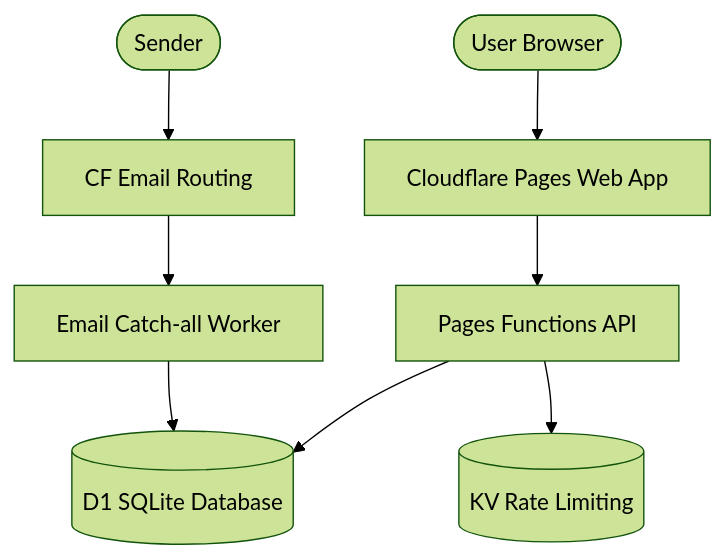
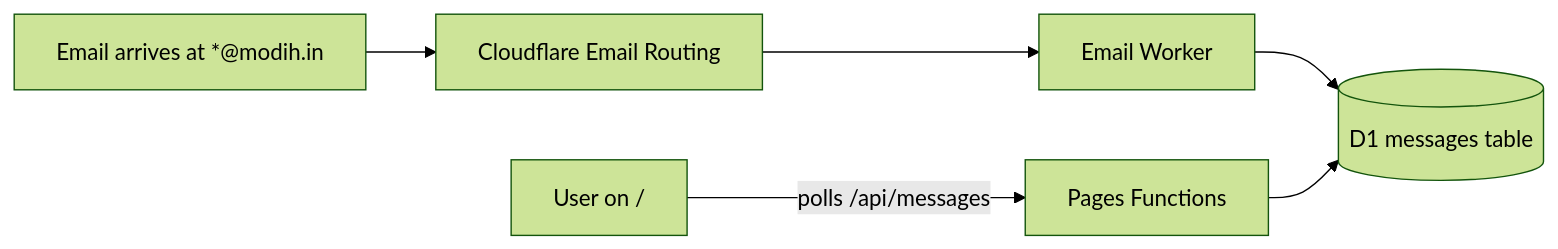
One commit to Abhinavv-007/modih-email changed the second of 2 diagrams in README.md. Above: the diagram before and after it, drawn with Mermaid (forest theme). The commit also changed other lines of this file, not shown here.

Commit message:
docs(readme): cinematic, visually-rich README with hero, badges, screenshots, API examples, dynamic shields

````diff
--- a/README.md
+++ b/README.md
@@ -76,11 +306,8 @@
 ```mermaid
-graph TD
-    User([User Browser]) --> CF_Pages[Cloudflare Pages Web App]
-    CF_Pages --> API[Pages Functions API]
-    API --> D1[(D1 SQLite Database)]
-    API --> KV[(KV Rate Limiting)]
-    
-    External_Mail([Sender]) --> Routing[CF Email Routing]
-    Routing --> Worker[Email Catch-all Worker]
-    Worker --> D1
+flowchart LR
+    Inbound[Email arrives at *@modih.in] --> ER[Cloudflare Email Routing]
+    ER --> Worker[Email Worker]
+    Worker --> D1[(D1 messages table)]
+    User[User on /] -->|polls /api/messages| Functions[Pages Functions]
+    Functions --> D1
 ```
````
